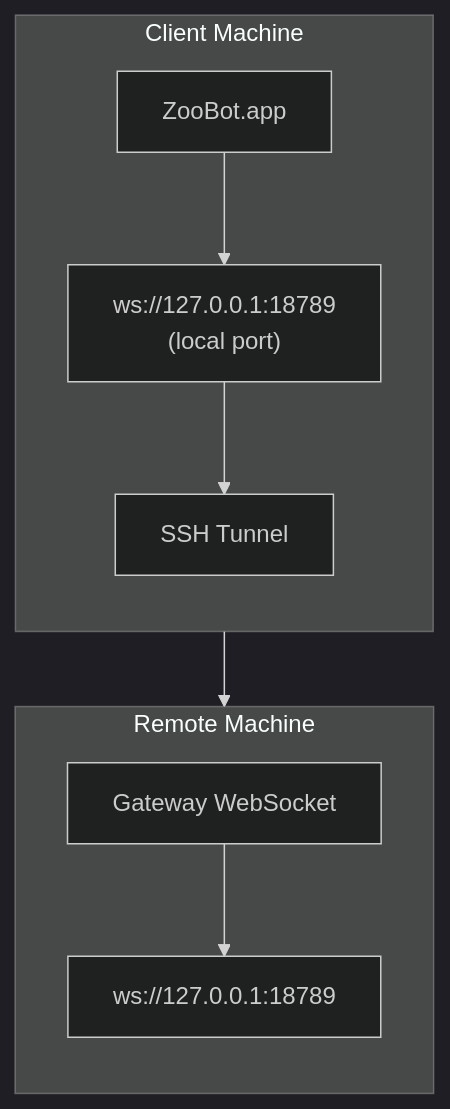
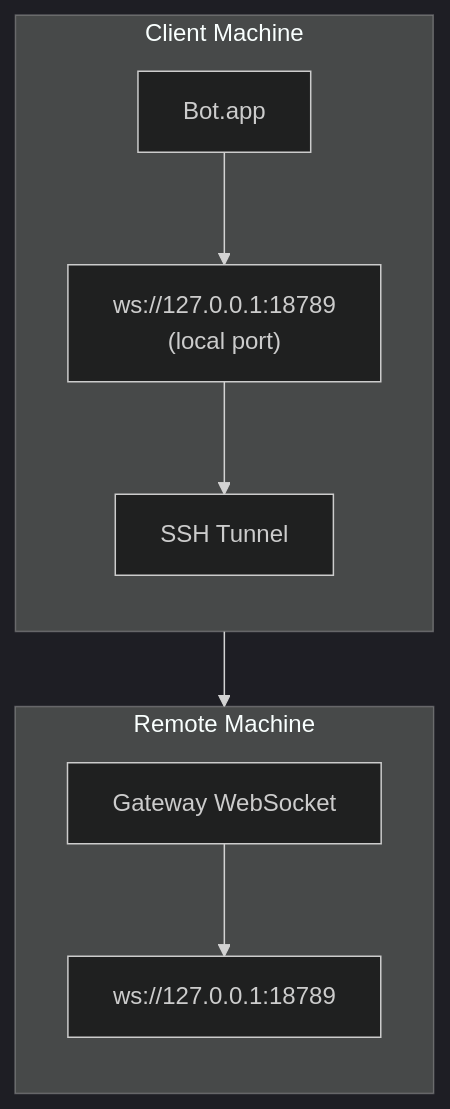
The diagram in docs/gateway/remote-gateway-readme.md (zooai/bot), drawn with Mermaid (dark theme) before and after one commit. The commit also changed other lines of this file and 964 other files, not shown here.

First line of the commit message:
Strip ZooBot* identifier prefix; align lint rules with upstream

````diff
--- a/docs/gateway/remote-gateway-readme.md
+++ b/docs/gateway/remote-gateway-readme.md
@@ -13,20 +13,20 @@
 ```mermaid
 flowchart TB
     subgraph Client["Client Machine"]
         direction TB
-        A["ZooBot.app"]
+        A["Bot.app"]
         B["ws://127.0.0.1:18789\n(local port)"]
         T["SSH Tunnel"]
 
         A --> B
         B --> T
     end
     subgraph Remote["Remote Machine"]
         direction TB
         C["Gateway WebSocket"]
         D["ws://127.0.0.1:18789"]
 
         C --> D
     end
     T --> C
 ```
````
